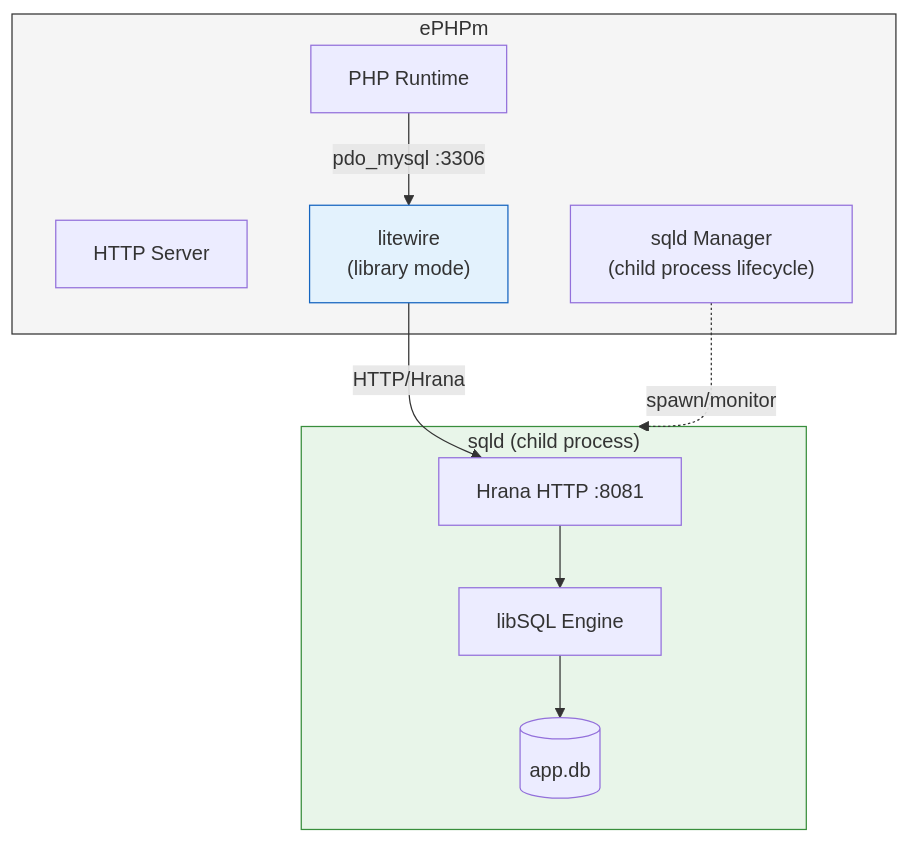
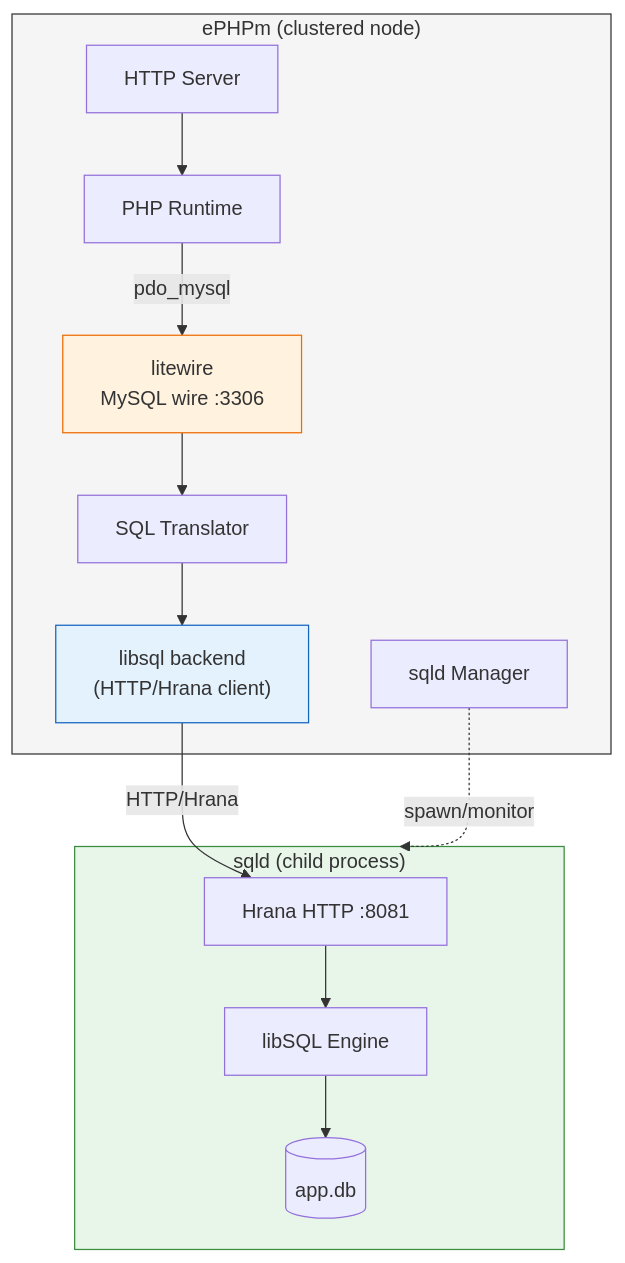
Before and after one commit to ephpm/litewire: the sixth of 6 diagrams in docs/architecture.md, drawn with Mermaid. The commit also changed other lines of this file and 1 other file, not shown here.

````diff
--- a/docs/architecture.md
+++ b/docs/architecture.md
@@ -427,24 +581,30 @@
 ```mermaid
 graph TD
-    subgraph ephpm["ePHPm"]
+    subgraph ephpm["ePHPm (clustered node)"]
         http["HTTP Server"]
         php["PHP Runtime"]
-        proxy["litewire\n(library mode)"]
-        sqld_mgr["sqld Manager\n(child process lifecycle)"]
+        mysql_fe2["litewire\nMySQL wire :3306"]
+        translate2["SQL Translator"]
+        libsql_be["libsql backend\n(HTTP/Hrana client)"]
+        sqld_mgr["sqld Manager"]
     end
 
     subgraph sqld["sqld (child process)"]
         hrana["Hrana HTTP :8081"]
         engine["libSQL Engine"]
         db[("app.db")]
         hrana --> engine --> db
     end
 
-    php -->|pdo_mysql :3306| proxy
-    proxy -->|HTTP/Hrana| hrana
+    http --> php
+    php -->|pdo_mysql| mysql_fe2
+    mysql_fe2 --> translate2
+    translate2 --> libsql_be
+    libsql_be -->|HTTP/Hrana| hrana
     sqld_mgr -.->|spawn/monitor| sqld
 
     style ephpm fill:#f5f5f5,stroke:#333
-    style proxy fill:#e3f2fd,stroke:#1565c0
+    style mysql_fe2 fill:#fff3e0,stroke:#ef6c00
+    style libsql_be fill:#e3f2fd,stroke:#1565c0
     style sqld fill:#e8f5e9,stroke:#388e3c
 ```
````
